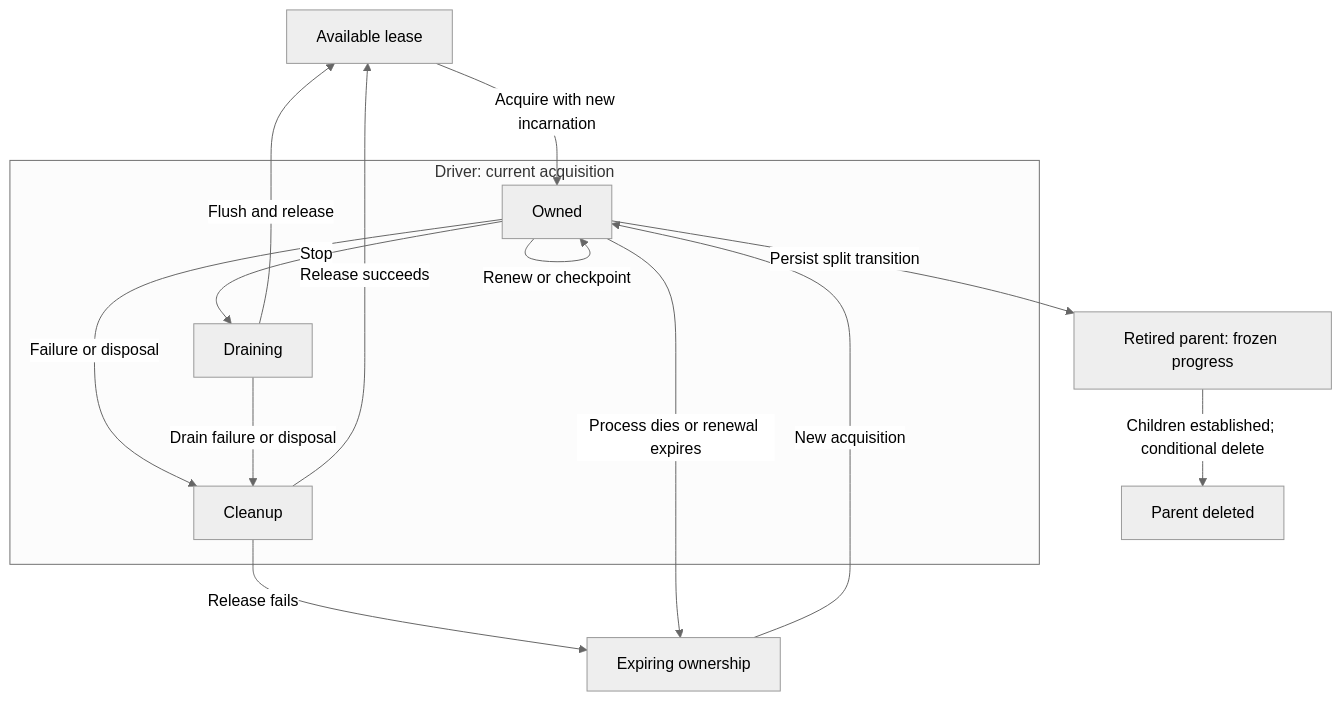
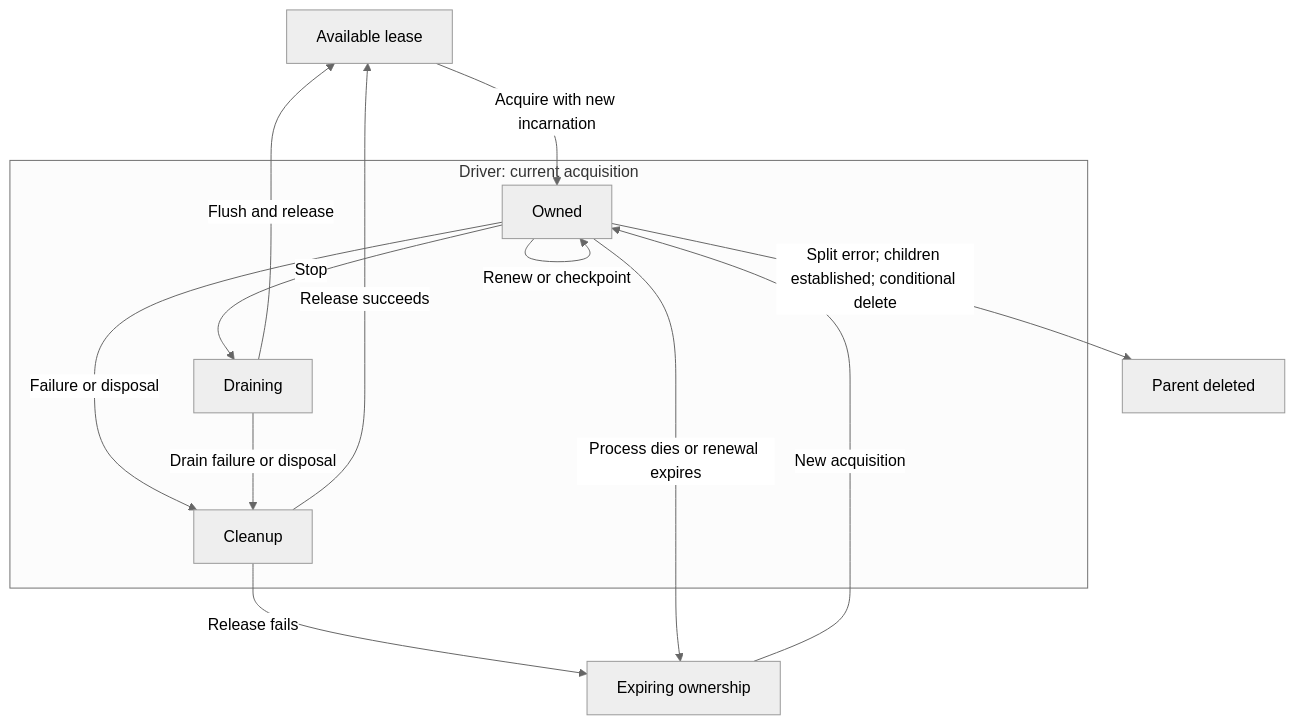
One commit to Azure/azure-sdk-for-rust changed the fourth of 9 diagrams in sdk/cosmos/docs/specs/0030-change-feed-processor.md. Above: the diagram before and after it, drawn with Mermaid (neutral theme). The commit also changed other lines of this file and 10 other files, not shown here.

````diff
--- a/sdk/cosmos/docs/specs/0030-change-feed-processor.md
+++ b/sdk/cosmos/docs/specs/0030-change-feed-processor.md
@@ -1044,17 +1015,16 @@
 ```mermaid
 flowchart TD
     Available["Available lease"] -->|Acquire with new incarnation| Owned
     subgraph Acquisition["Driver: current acquisition"]
         Owned["Owned"] -->|Renew or checkpoint| Owned
         Owned -->|Stop| Draining["Draining"]
         Owned -->|Failure or disposal| Cleanup["Cleanup"]
         Draining -->|Drain failure or disposal| Cleanup
     end
     Draining -->|Flush and release| Available
     Cleanup -->|Release succeeds| Available
     Cleanup -->|Release fails| Expiring["Expiring ownership"]
     Owned -->|Process dies or renewal expires| Expiring
     Expiring -->|New acquisition| Owned
-    Owned -->|Persist split transition| Retired["Retired parent: frozen progress"]
-    Retired -->|Children established; conditional delete| Deleted["Parent deleted"]
+    Owned -->|Split error; children established; conditional delete| Deleted["Parent deleted"]
 ```
````
